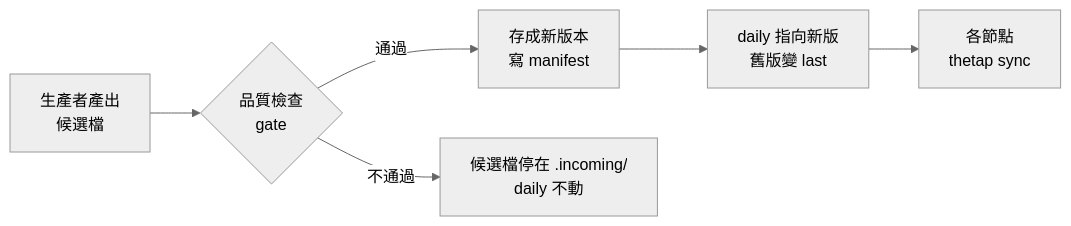
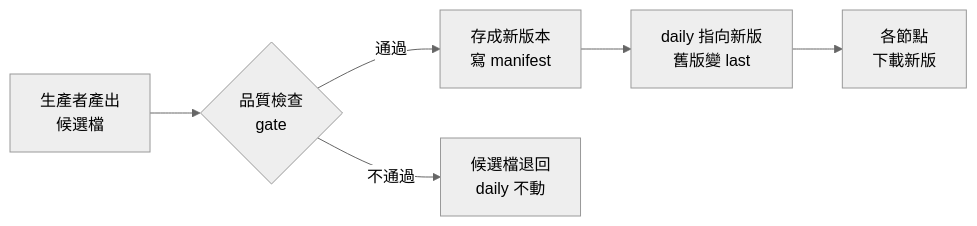
One commit to mapleelpam/LuminNexus-LearningMap changed the third of 3 diagrams in projects/alchemymind/thetap.md. Above: the diagram before and after it, drawn with Mermaid (neutral theme). The commit also changed other lines of this file and 18 other files, not shown here.

````diff
--- a/projects/alchemymind/thetap.md
+++ b/projects/alchemymind/thetap.md
@@ -204,8 +213,8 @@
 ```mermaid
 graph LR
     P[生產者產出<br/>候選檔] --> G{品質檢查<br/>gate}
     G -->|通過| V[存成新版本<br/>寫 manifest]
     V --> F[daily 指向新版<br/>舊版變 last]
-    G -->|不通過| X[候選檔停在 .incoming/<br/>daily 不動]
-    F --> S[各節點<br/>thetap sync]
+    G -->|不通過| X[候選檔退回<br/>daily 不動]
+    F --> S[各節點<br/>下載新版]
 ```
````
